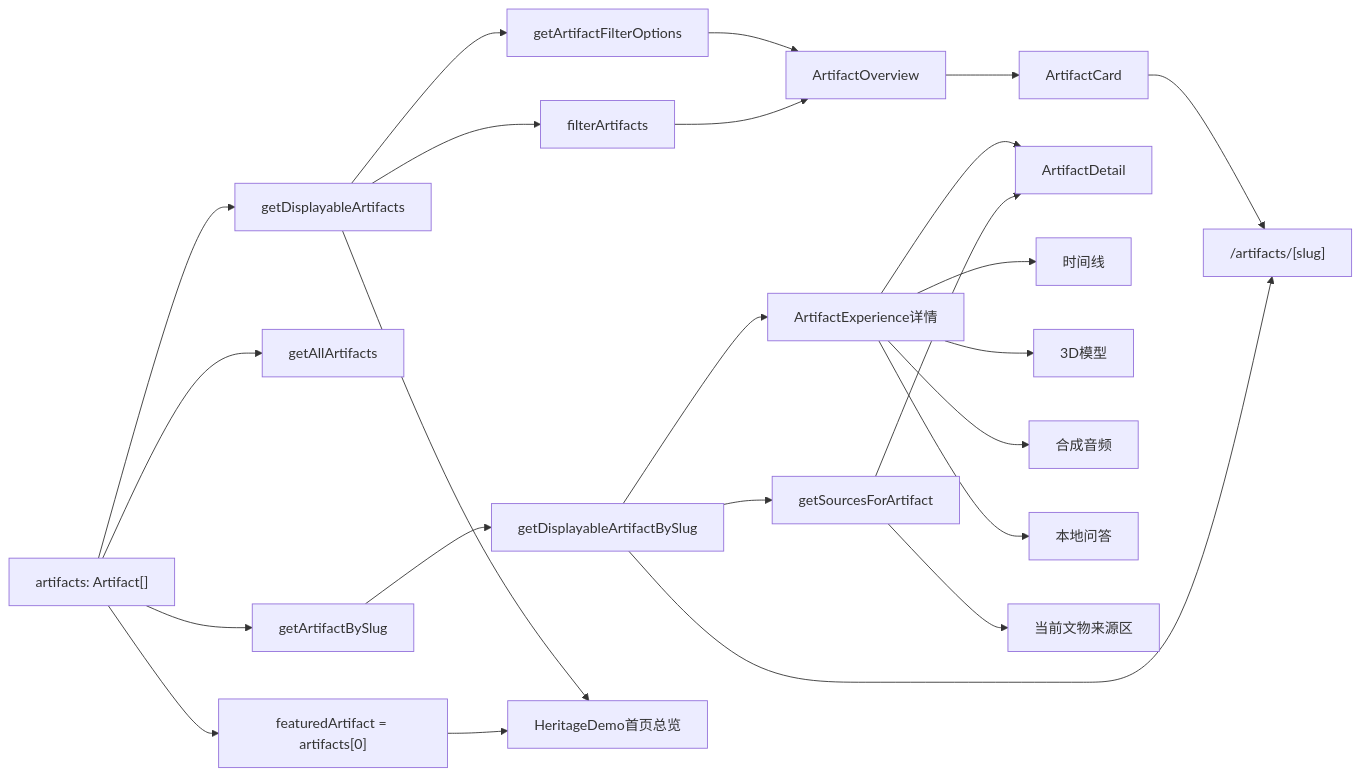
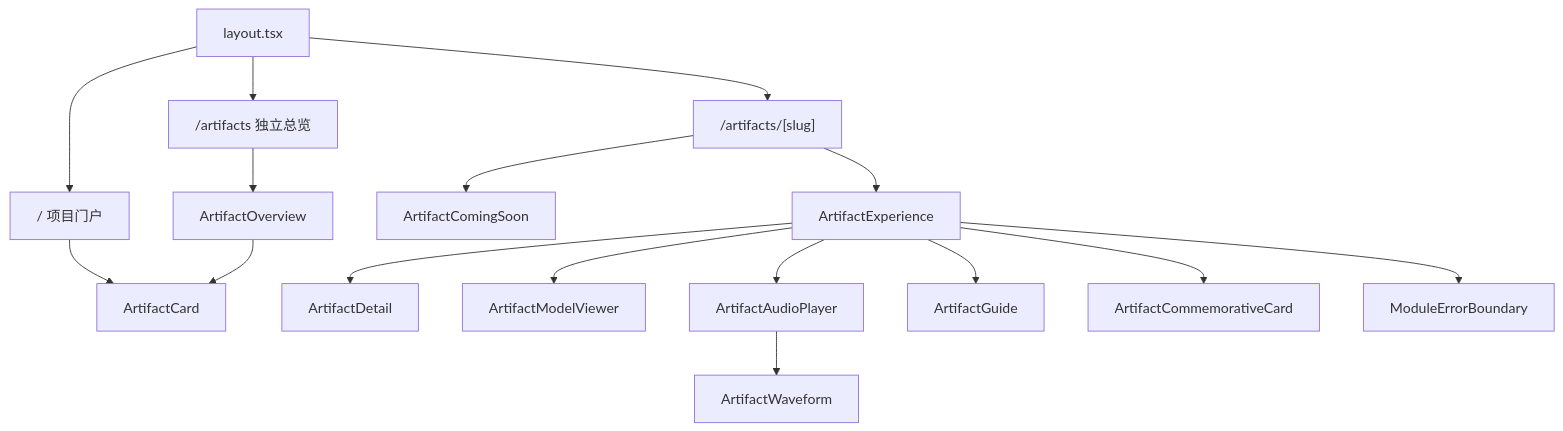
One commit to rylynn1351/henan-music-archaeology changed the first of 2 diagrams in ARCHITECTURE.md. Above: the diagram before and after it, drawn with Mermaid. The commit also changed other lines of this file and 21 other files, not shown here.

Commit message:
feat: finalize multi-artifact experience

````diff
--- a/ARCHITECTURE.md
+++ b/ARCHITECTURE.md
@@ -121,26 +89,18 @@
 ```mermaid
-flowchart LR
-    ARR["artifacts: Artifact[]"] --> F["featuredArtifact = artifacts[0]"]
-    ARR --> ALL["getAllArtifacts"]
-    ARR --> DISPLAY["getDisplayableArtifacts"]
-    ARR --> SLUG["getArtifactBySlug"]
-    SLUG --> PUBLIC_SLUG["getDisplayableArtifactBySlug"]
-    DISPLAY --> OPTIONS["getArtifactFilterOptions"]
-    DISPLAY --> FILTER["filterArtifacts"]
-    OPTIONS --> O["ArtifactOverview"]
-    FILTER --> O
-    O --> C["ArtifactCard"]
-    C --> R["/artifacts/[slug]"]
-    PUBLIC_SLUG --> R
-    DISPLAY --> H["HeritageDemo首页总览"]
-    PUBLIC_SLUG --> E["ArtifactExperience详情"]
-    E --> AD["ArtifactDetail"]
-    E --> TL["时间线"]
-    E --> V["3D模型"]
-    E --> AU["合成音频"]
-    E --> QA["本地问答"]
-    F --> H
-    PUBLIC_SLUG --> GS["getSourcesForArtifact"]
-    GS --> AD
-    GS --> FOOTER["当前文物来源区"]
+flowchart TD
+    L["layout.tsx"] --> HOME["/ 项目门户"]
+    L --> CATALOG["/artifacts 独立总览"]
+    L --> ROUTE["/artifacts/[slug]"]
+    HOME --> CARD["ArtifactCard"]
+    CATALOG --> OVERVIEW["ArtifactOverview"]
+    OVERVIEW --> CARD
+    ROUTE --> PLACEHOLDER["ArtifactComingSoon"]
+    ROUTE --> EXPERIENCE["ArtifactExperience"]
+    EXPERIENCE --> DETAIL["ArtifactDetail"]
+    EXPERIENCE --> MODEL["ArtifactModelViewer"]
+    EXPERIENCE --> AUDIO["ArtifactAudioPlayer"]
+    AUDIO --> WAVE["ArtifactWaveform"]
+    EXPERIENCE --> GUIDE["ArtifactGuide"]
+    EXPERIENCE --> MEMORIAL["ArtifactCommemorativeCard"]
+    EXPERIENCE --> BOUNDARY["ModuleErrorBoundary"]
 ```
````
